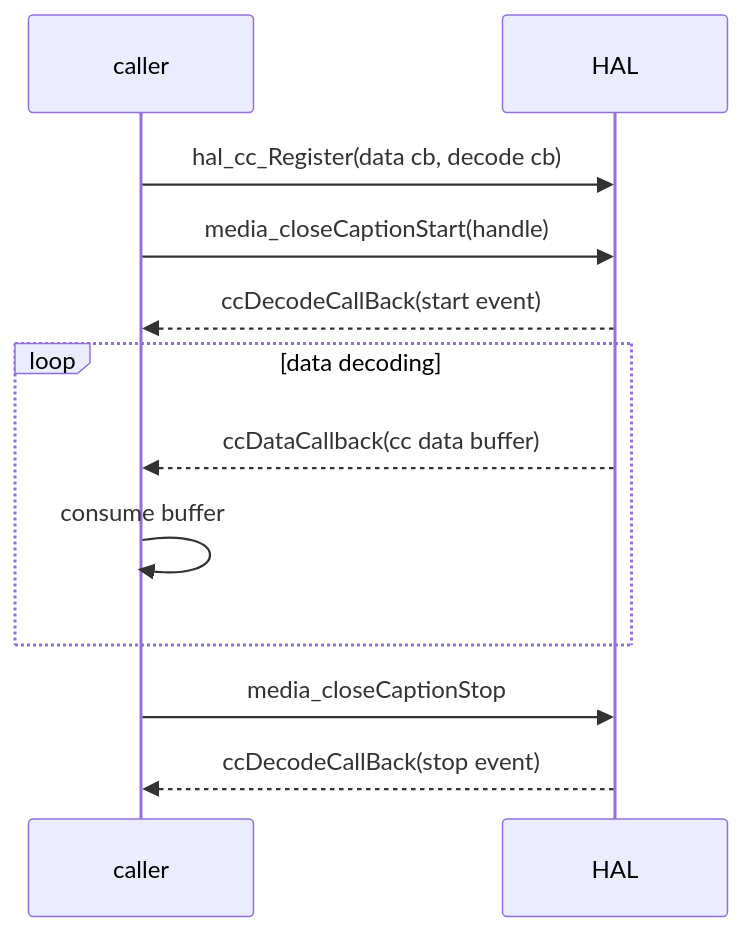
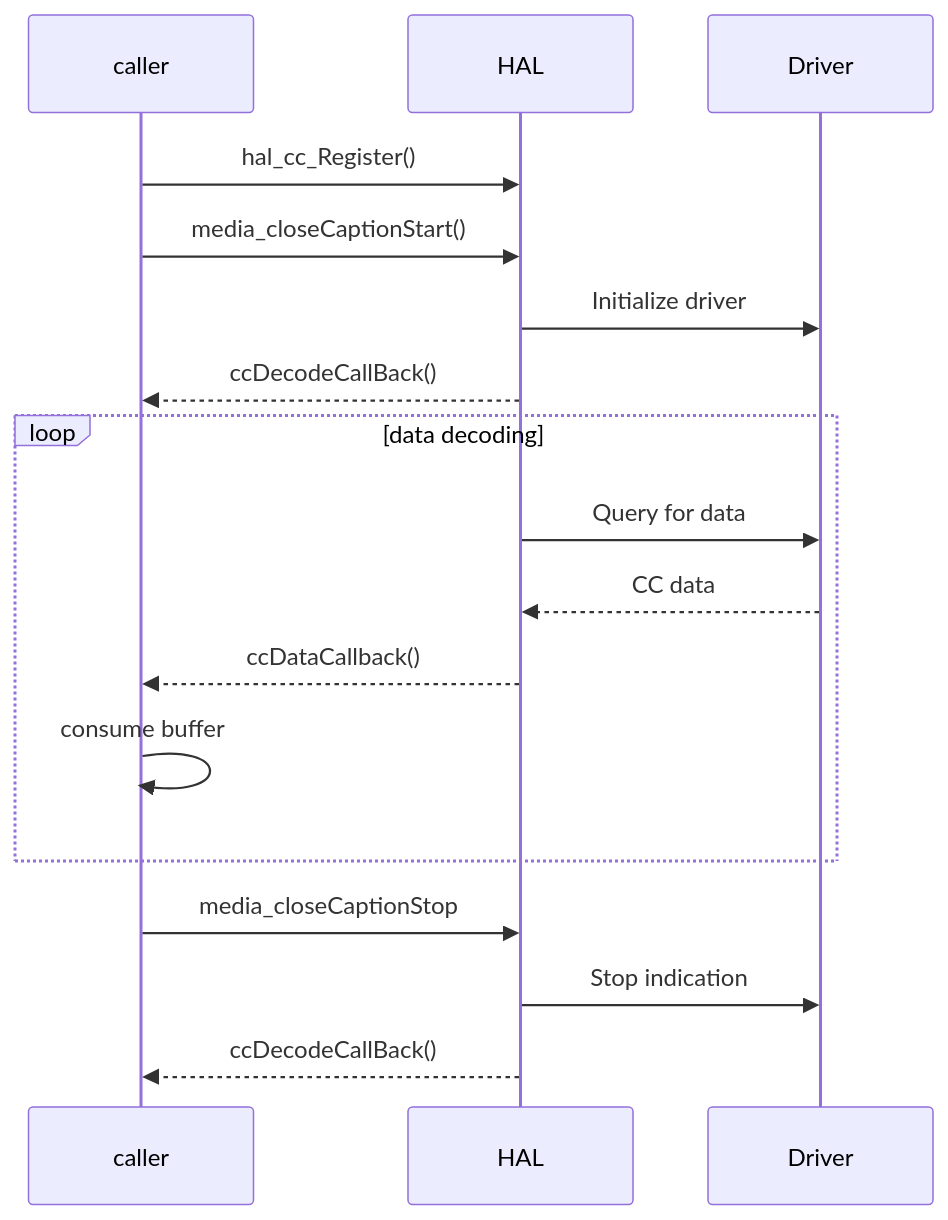
One commit to rdkcentral/rdk-halif-closed_captions changed the second of 3 diagrams in docs/pages/halSpec.md. Above: the diagram before and after it, drawn with Mermaid. The commit also changed other lines of this file, not shown here.

````diff
--- a/docs/pages/halSpec.md
+++ b/docs/pages/halSpec.md
@@ -164,14 +165,19 @@
 ```mermaid
    sequenceDiagram
     participant caller
     participant HAL
-    caller->>HAL: hal_cc_Register(data cb, decode cb)
-    caller->>HAL:media_closeCaptionStart(handle)
-    HAL-->> caller : ccDecodeCallBack(start event)
+    participant Driver
+    caller->>HAL: hal_cc_Register()
+    caller->>HAL:media_closeCaptionStart()
+    HAL->>Driver:Initialize driver
+    HAL-->> caller : ccDecodeCallBack()
     loop data decoding
-        HAL-->>caller: ccDataCallback(cc data buffer)
+        HAL->>Driver : Query for data
+        Driver-->>HAL : CC data
+        HAL-->>caller: ccDataCallback()
         caller->>caller:consume buffer
     end
     caller->>HAL: media_closeCaptionStop
-    HAL-->>caller: ccDecodeCallBack(stop event)
+    HAL->>Driver: Stop indication
+    HAL-->>caller: ccDecodeCallBack()
  ```
````
